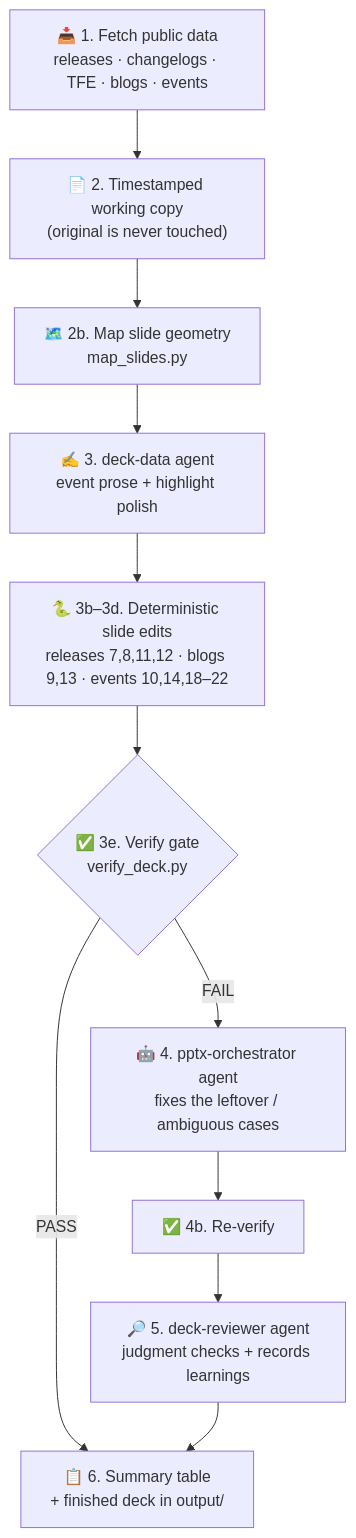
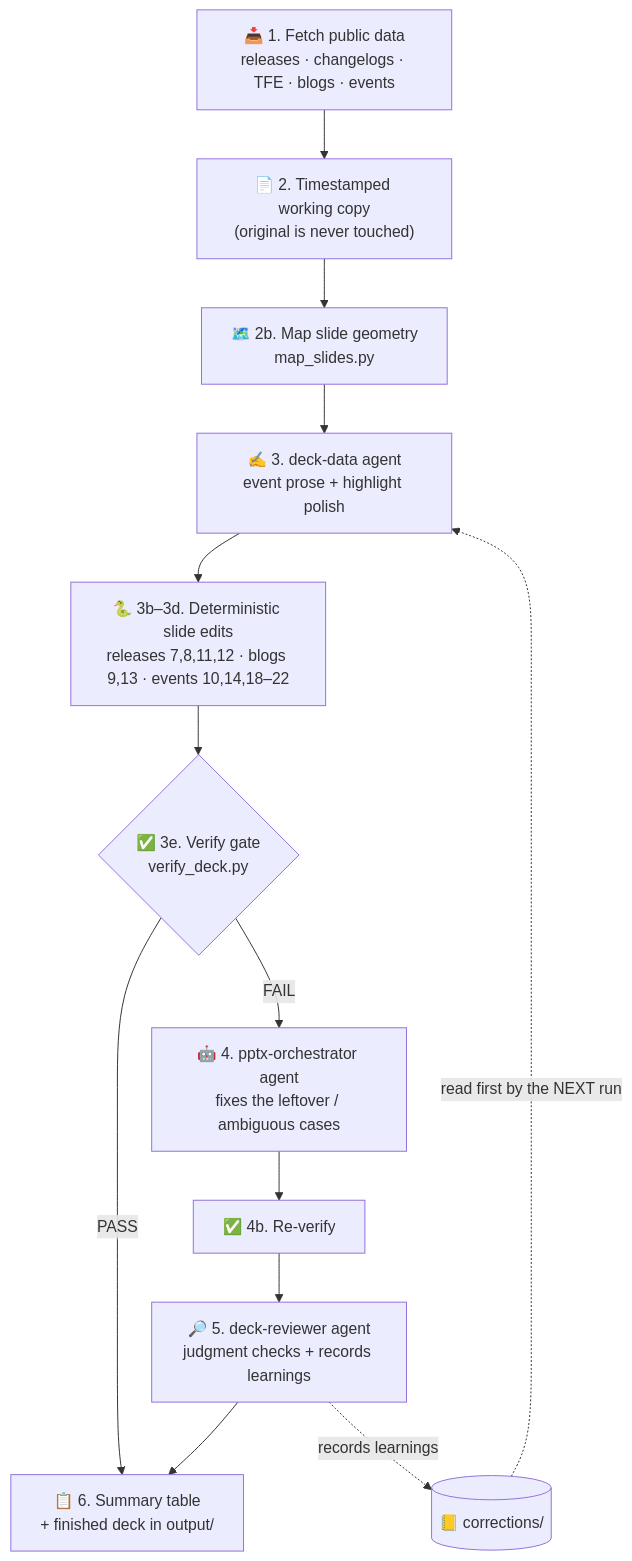
One commit to nikitastetskiy/agentic-clm changed the second of 2 diagrams in README.md. Above: the diagram before and after it, drawn with Mermaid. The commit also changed other lines of this file, not shown here.

First line of the commit message:
docs(README): show the learning loop (reviewer -> corrections -> next run)

````diff
--- a/README.md
+++ b/README.md
@@ -216,13 +216,15 @@
 ```mermaid
 flowchart TD
     A["📥 1. Fetch public data<br/>releases · changelogs · TFE · blogs · events"] --> B["📄 2. Timestamped working copy<br/>(original is never touched)"]
     B --> C["🗺️ 2b. Map slide geometry<br/>map_slides.py"]
     C --> D["✍️ 3. deck-data agent<br/>event prose + highlight polish"]
     D --> E["🐍 3b–3d. Deterministic slide edits<br/>releases 7,8,11,12 · blogs 9,13 · events 10,14,18–22"]
     E --> F{"✅ 3e. Verify gate<br/>verify_deck.py"}
     F -->|PASS| Z["📋 6. Summary table<br/>+ finished deck in output/"]
     F -->|FAIL| G["🤖 4. pptx-orchestrator agent<br/>fixes the leftover / ambiguous cases"]
     G --> H["✅ 4b. Re-verify"]
     H --> R["🔎 5. deck-reviewer agent<br/>judgment checks + records learnings"]
     R --> Z
+    R -. records learnings .-> L[("📒 corrections/")]
+    L -. read first by the NEXT run .-> D
 ```
````
